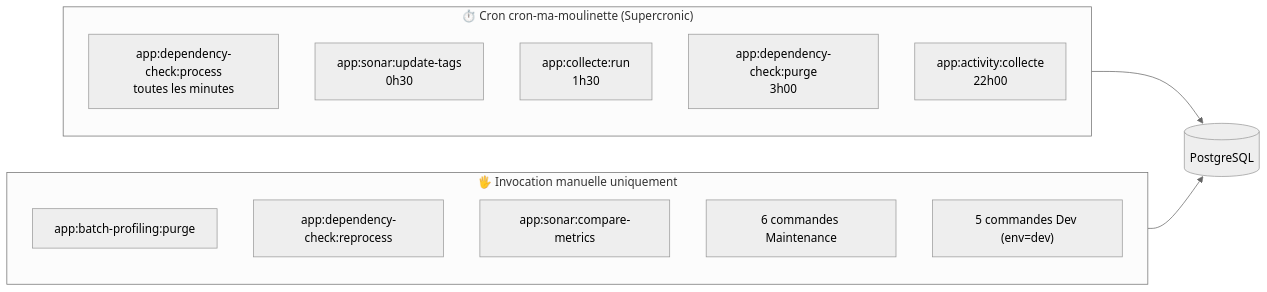
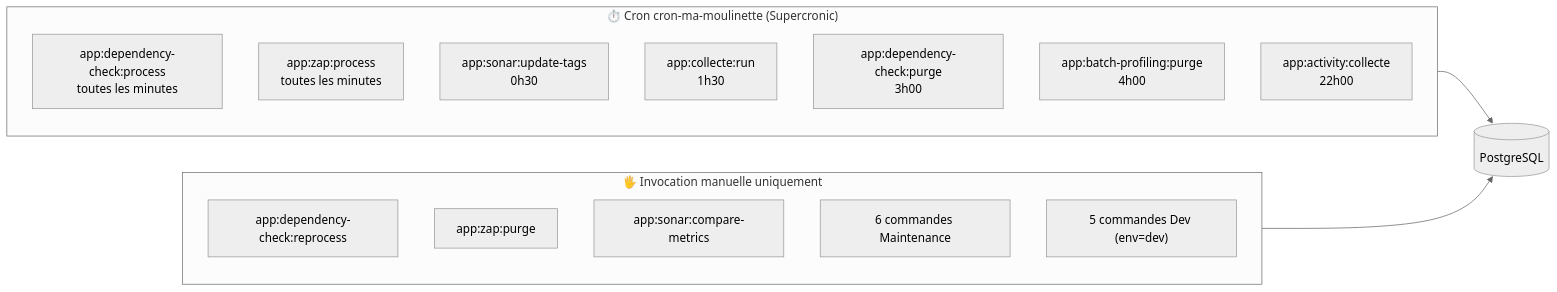
Before and after one commit to Laurent-hadjadj/ma-moulinette: the diagram in mkDocs/docs/ma-moulinette/commandes/index.md, drawn with Mermaid (neutral theme). The commit also changed other lines of this file, not shown here.

Commit message:
Doc: Ajout des deux nouvelles commandes (ZAP-process et Profiling-purge).

````diff
--- a/mkDocs/docs/ma-moulinette/commandes/index.md
+++ b/mkDocs/docs/ma-moulinette/commandes/index.md
@@ -13,23 +13,25 @@
 ```mermaid
 flowchart LR
     subgraph Cron["⏱️ Cron cron-ma-moulinette (Supercronic)"]
         direction TB
         C1["app:dependency-check:process<br/>toutes les minutes"]
+        C6["app:zap:process<br/>toutes les minutes"]
         C2["app:sonar:update-tags<br/>0h30"]
         C3["app:collecte:run<br/>1h30"]
         C4["app:dependency-check:purge<br/>3h00"]
+        C7["app:batch-profiling:purge<br/>4h00"]
         C5["app:activity:collecte<br/>22h00"]
     end
 
     subgraph Manuel["🖐️ Invocation manuelle uniquement"]
         direction TB
-        M1["app:batch-profiling:purge"]
         M2["app:dependency-check:reprocess"]
+        M6["app:zap:purge"]
         M3["app:sonar:compare-metrics"]
         M4["6 commandes Maintenance"]
         M5["5 commandes Dev (env=dev)"]
     end
 
     Cron --> DB[(PostgreSQL)]
     Manuel --> DB
 ```
````
